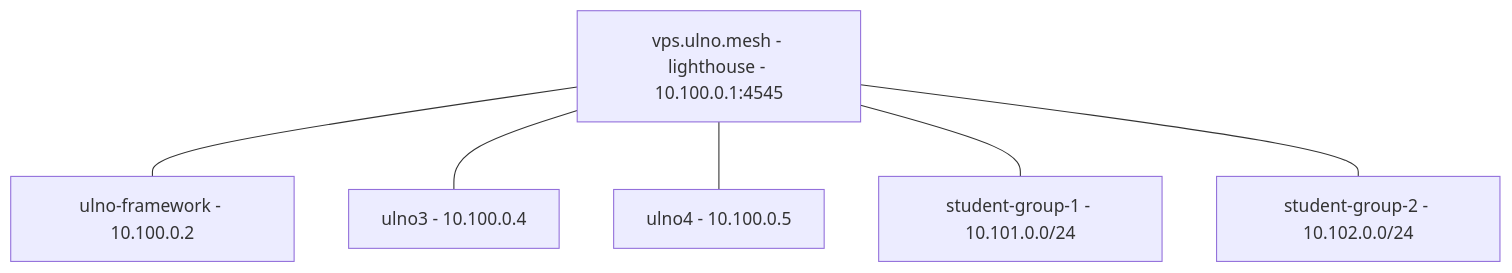
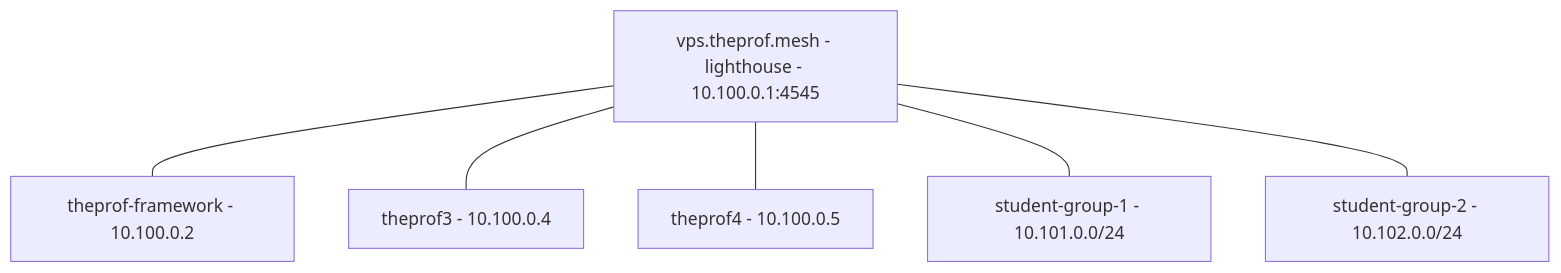
Before and after one commit to ulno/nebula-manager: the diagram in docs/user-stories.md, drawn with Mermaid. The commit also changed other lines of this file and 2 other files, not shown here.

Commit message:
Update example names and paths to Theprof and avoid hardcoded references

````diff
--- a/docs/user-stories.md
+++ b/docs/user-stories.md
@@ -39,14 +39,14 @@
 ```mermaid
 graph TD
-  L["vps.ulno.mesh - lighthouse - 10.100.0.1:4545"]
-  U1["ulno-framework - 10.100.0.2"]
-  U3["ulno3 - 10.100.0.4"]
-  U4["ulno4 - 10.100.0.5"]
+  L["vps.theprof.mesh - lighthouse - 10.100.0.1:4545"]
+  U1["theprof-framework - 10.100.0.2"]
+  U3["theprof3 - 10.100.0.4"]
+  U4["theprof4 - 10.100.0.5"]
   G1["student-group-1 - 10.101.0.0/24"]
   G2["student-group-2 - 10.102.0.0/24"]
   L --- U1
   L --- U3
   L --- U4
   L --- G1
   L --- G2
 ```
````
